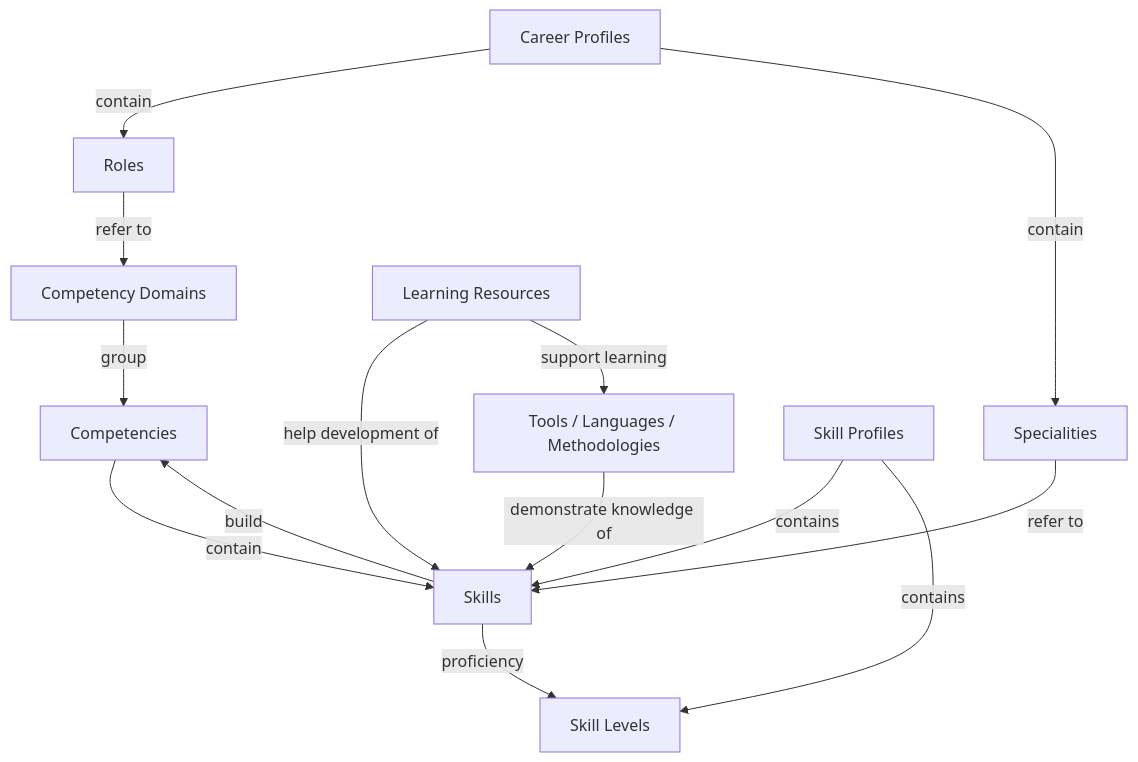
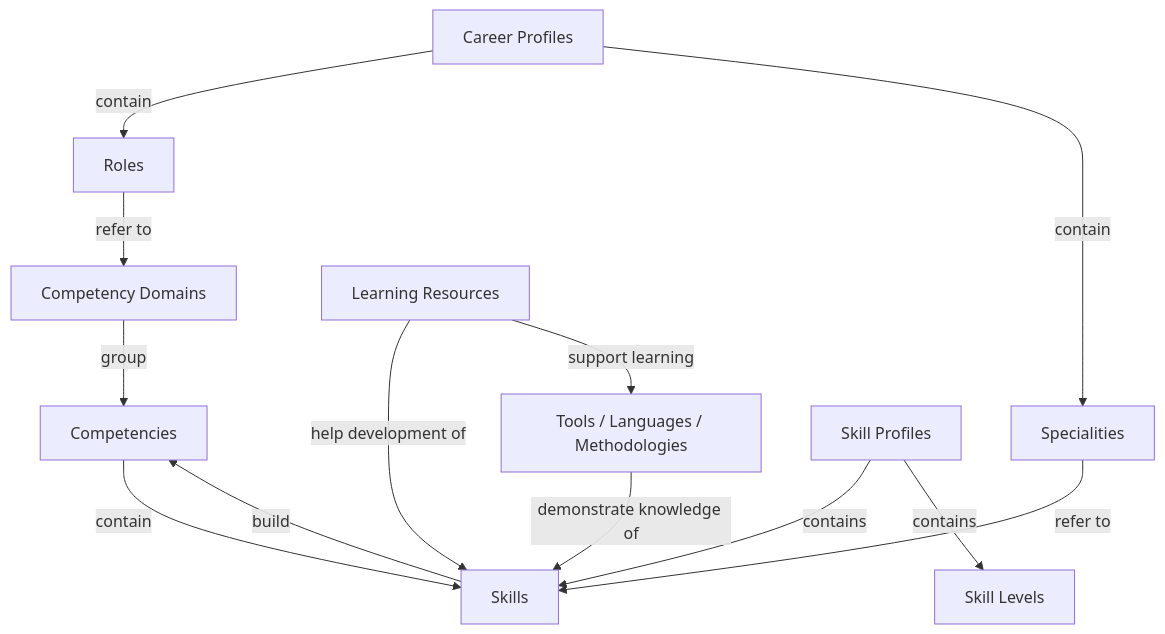
The diagram in framework/framework-diagram.md (direct-framework/digital-research-competencies-framework), drawn with Mermaid before and after one commit.

Commit message:
Remove proficiency relation from Sk to SL

````diff
--- a/framework/framework-diagram.md
+++ b/framework/framework-diagram.md
@@ -12,28 +12,27 @@
 ```mermaid
 flowchart TD
 CD[Competency Domains]
 C[Competencies]
 Sk[Skills]
 SL[Skill Levels]
 TLM[Tools / Languages / Methodologies]
 LR[Learning Resources]
 R[Roles]
 Spec[Specialities]
 CP[Career Profiles]
 SP[Skill Profiles]
 
 
 CD -- group --> C
 C -- contain --> Sk
 Sk -- build --> C
-Sk -- proficiency --> SL
 TLM -- demonstrate knowledge of --> Sk
 LR -- help development of --> Sk
 LR -- support learning --> TLM
 CP -- contain --> R
 CP -- contain --> Spec
 R -- refer to --> CD
 Spec -- refer to --> Sk
 SP -- contains --> Sk
 SP -- contains --> SL
 ```
````
